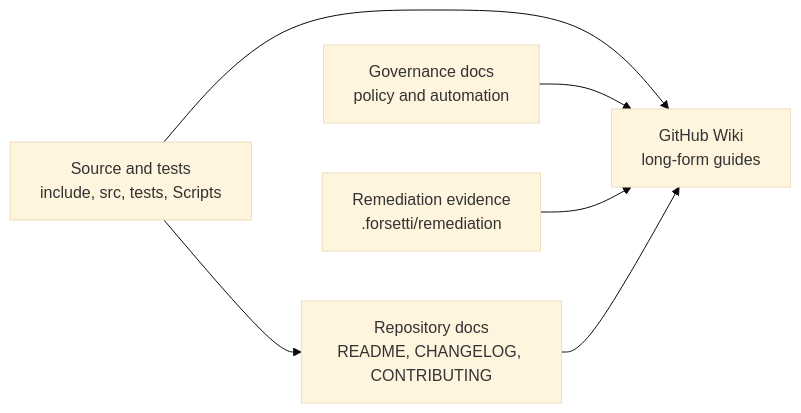
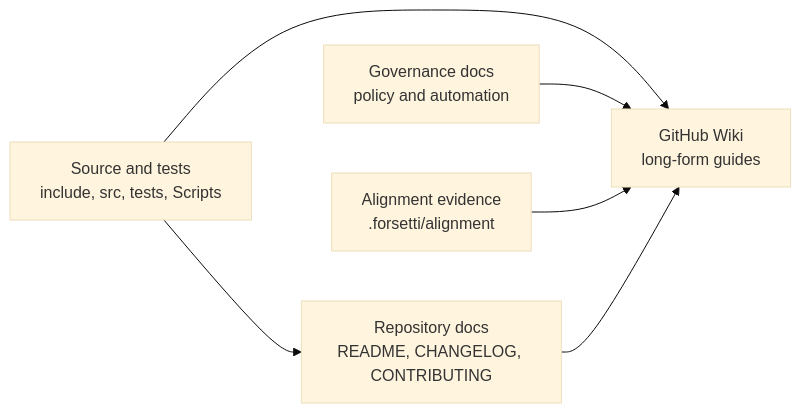
Before and after one commit to flynn33/Forsetti-Framework-Windows: the diagram in wiki.md, drawn with Mermaid (base theme). The commit also changed other lines of this file and 159 other files, not shown here.

````diff
--- a/wiki.md
+++ b/wiki.md
@@ -28,14 +28,14 @@
 ```mermaid
 flowchart LR
     Repo["Repository docs\nREADME, CHANGELOG, CONTRIBUTING"]
     Wiki["GitHub Wiki\nlong-form guides"]
     Governance["Governance docs\npolicy and automation"]
-    Evidence["Remediation evidence\n.forsetti/remediation"]
+    Evidence["Alignment evidence\n.forsetti/alignment"]
     Source["Source and tests\ninclude, src, tests, Scripts"]
 
     Source --> Repo
     Source --> Wiki
     Governance --> Wiki
     Evidence --> Wiki
     Repo --> Wiki
 ```
````
